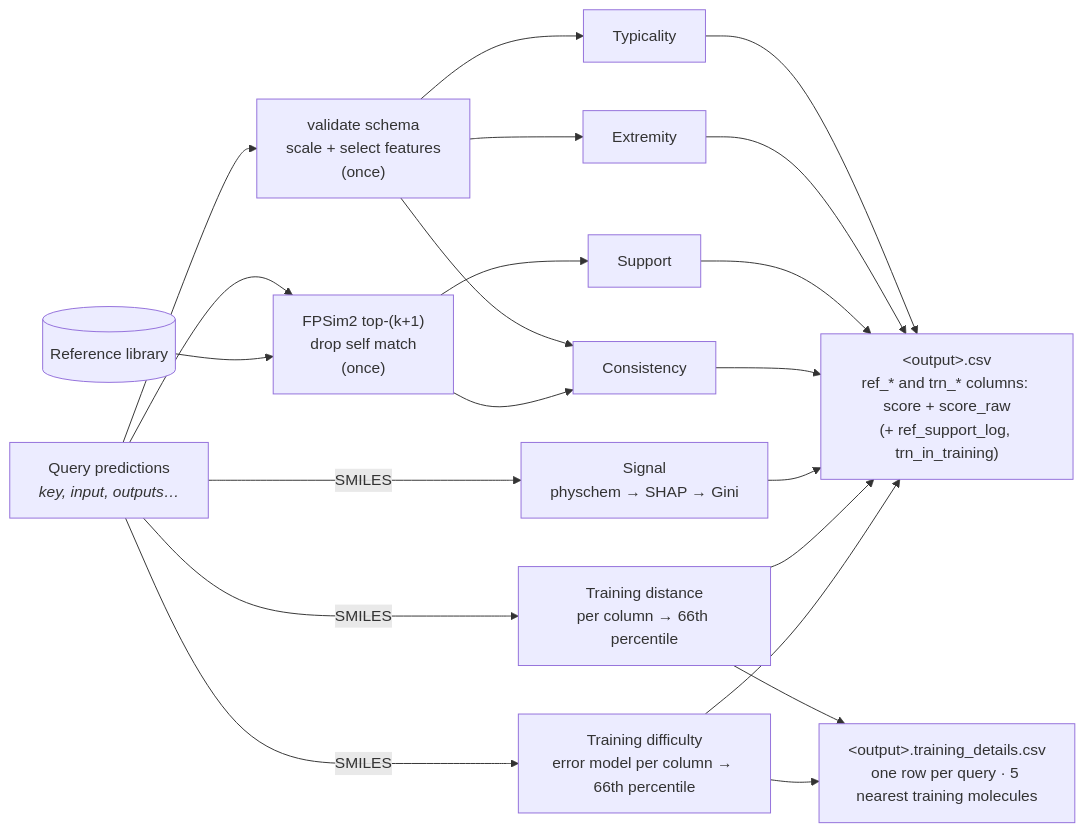
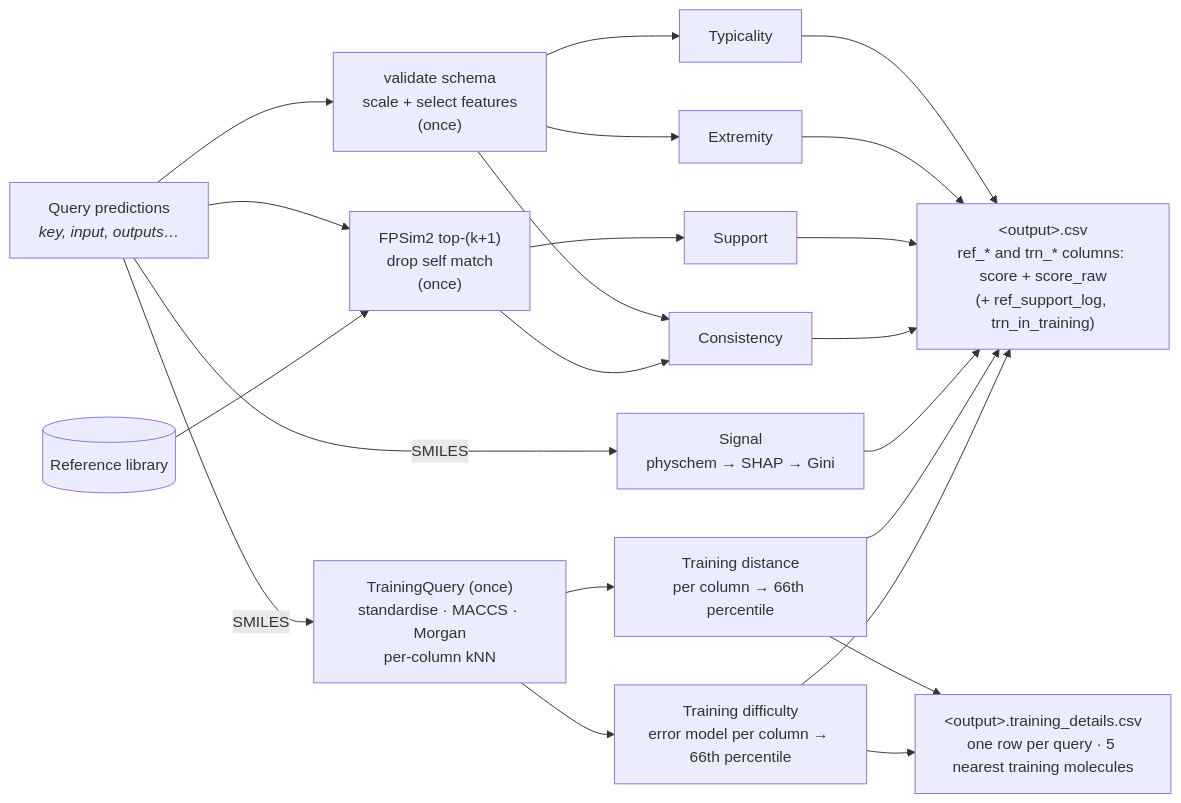
One commit to ersilia-os/eosquality changed the third of 3 diagrams in docs/diagram.md. Above: the diagram before and after it, drawn with Mermaid. The commit also changed other lines of this file and 49 other files, not shown here.

````diff
--- a/docs/diagram.md
+++ b/docs/diagram.md
@@ -37,13 +38,14 @@
 ```mermaid
 flowchart LR
     Q["Query predictions<br/><i>key, input, outputs…</i>"] --> SCALE["validate schema<br/>scale + select features<br/>(once)"]
     Q --> FPQ["FPSim2 top-(k+1)<br/>drop self match<br/>(once)"]
     LIB[("Reference library")] --> FPQ
     SCALE --> TYP[Typicality] & EXT[Extremity] & CON[Consistency]
     FPQ --> SUP[Support] & CON
     Q -- SMILES --> SIG["Signal<br/>physchem → SHAP → Gini"]
-    Q -- SMILES --> TDR["Training distance<br/>per column → 66th percentile"]
-    Q -- SMILES --> TDF["Training difficulty<br/>error model per column → 66th percentile"]
+    Q -- SMILES --> TQ["TrainingQuery (once)<br/>standardise · MACCS · Morgan<br/>per-column kNN"]
+    TQ --> TDR["Training distance<br/>per column → 66th percentile"]
+    TQ --> TDF["Training difficulty<br/>error model per column → 66th percentile"]
     TDR & TDF --> DET["&lt;output&gt;.training_details.csv<br/>one row per query · 5 nearest training molecules"]
     TYP & EXT & SUP & CON & SIG & TDR & TDF --> OUT["&lt;output&gt;.csv<br/>ref_* and trn_* columns: score + score_raw<br/>(+ ref_support_log, trn_in_training)"]
 ```
````
